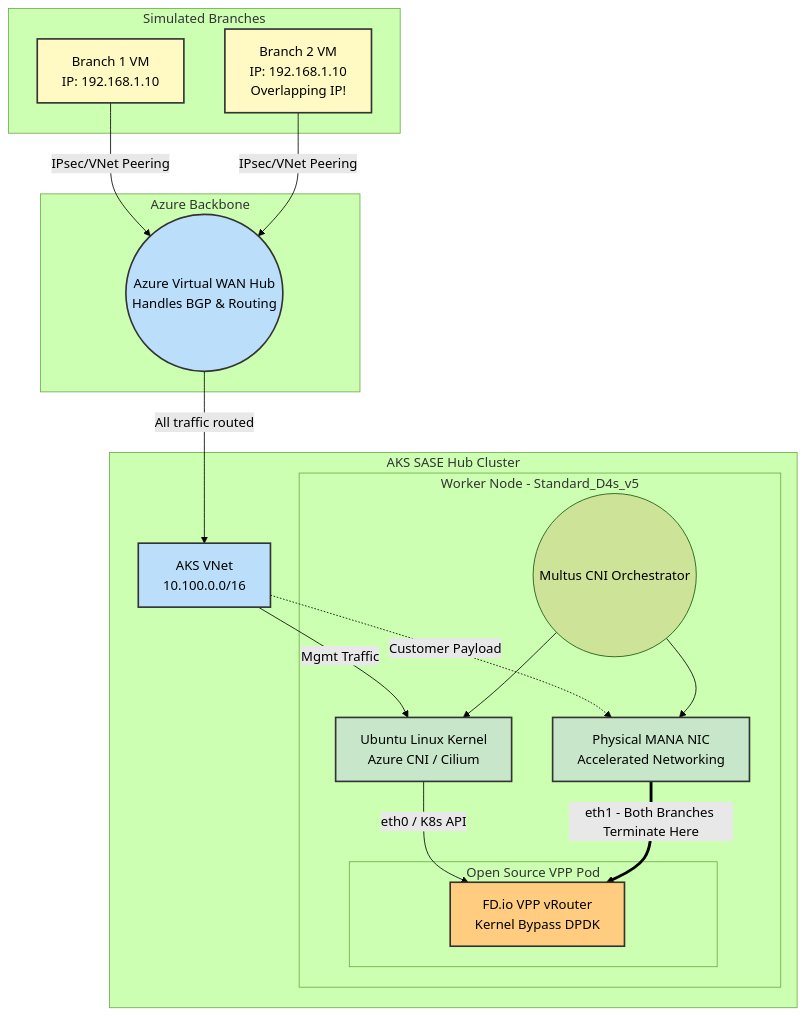
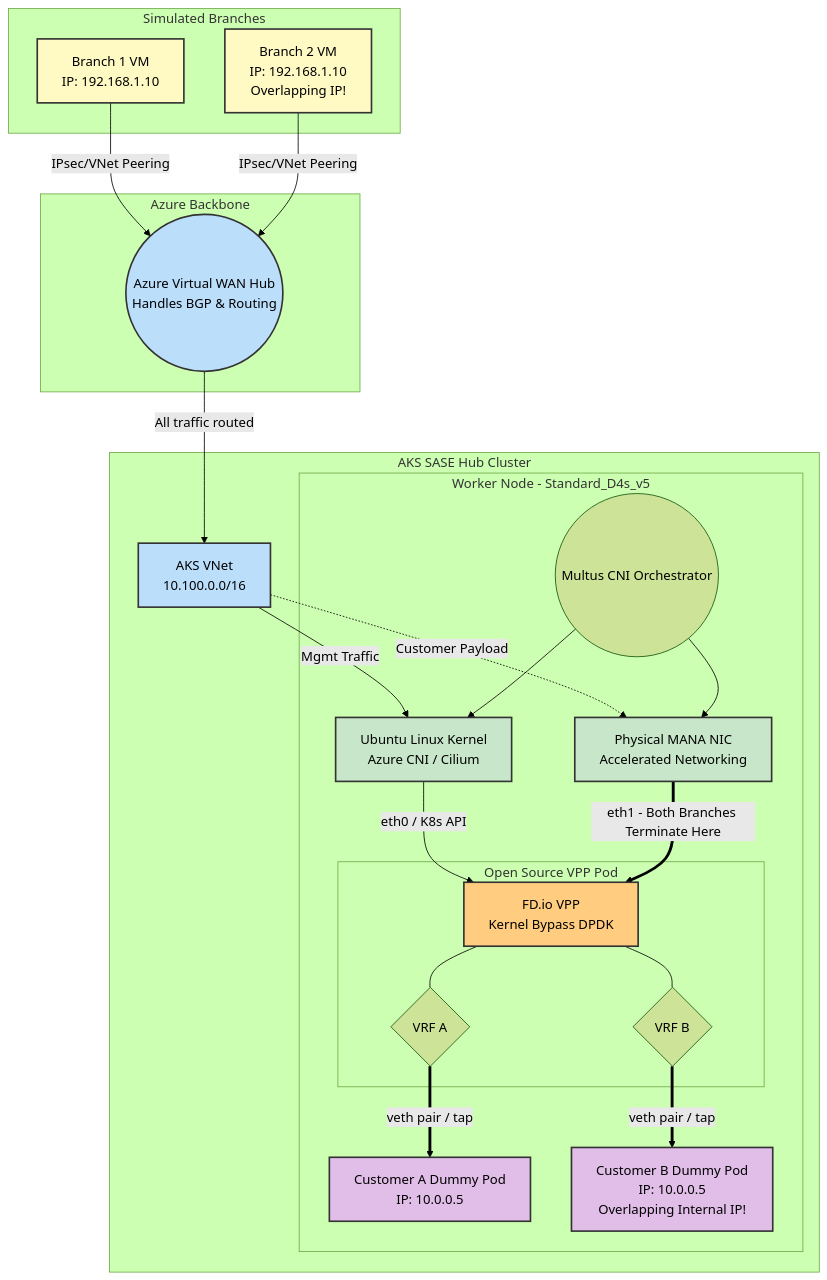
One commit to roie9876/SASE changed the diagram in azure_sase_poc_lab.md. Above: the diagram before and after it, drawn with Mermaid (forest theme). The commit also changed other lines of this file, not shown here.

Commit message:
docs: add Pod A and Pod B to lab architecture to strictly prove VPP VRF isolation of overlapping IPs

````diff
--- a/azure_sase_poc_lab.md
+++ b/azure_sase_poc_lab.md
@@ -15,43 +15,55 @@
 ```mermaid
 graph TD
     classDef branch fill:#fff9c4,stroke:#333,stroke-width:2px,color:#000
     classDef azure fill:#bbdefb,stroke:#333,stroke-width:2px,color:#000
     classDef aks fill:#c8e6c9,stroke:#333,stroke-width:2px,color:#000
     classDef pod fill:#ffcc80,stroke:#333,stroke-width:2px,color:#000
+    classDef app fill:#e1bee7,stroke:#333,stroke-width:2px,color:#000
 
     subgraph Simulated Branches
         B1[Branch 1 VM\nIP: 192.168.1.10]:::branch
         B2[Branch 2 VM\nIP: 192.168.1.10\nOverlapping IP!]:::branch
     end
 
     subgraph Azure Backbone
         vWAN((Azure Virtual WAN Hub\nHandles BGP & Routing)):::azure
         
         B1 -->|IPsec/VNet Peering| vWAN
         B2 -->|IPsec/VNet Peering| vWAN
     end
 
     subgraph AKS SASE Hub Cluster
         AKS_VNET[AKS VNet\n10.100.0.0/16]:::azure
         
         subgraph Worker Node - Standard_D4s_v5
             NODE_OS[Ubuntu Linux Kernel\nAzure CNI / Cilium]:::aks
             NIC1[Physical MANA NIC\nAccelerated Networking]:::aks
             
             MULTUS((Multus CNI Orchestrator))
             
             subgraph Open Source VPP Pod
-                VPP[FD.io VPP vRouter\nKernel Bypass DPDK]:::pod
+                VPP[FD.io VPP \nKernel Bypass DPDK]:::pod
+                VRF_A{VRF A}
+                VRF_B{VRF B}
+                
+                VPP --- VRF_A
+                VPP --- VRF_B
             end
+            
+            PODA[Customer A Dummy Pod \n IP: 10.0.0.5]:::app
+            PODB[Customer B Dummy Pod \n IP: 10.0.0.5 \n Overlapping Internal IP!]:::app
         end
     end
 
     vWAN -->|All traffic routed| AKS_VNET
     AKS_VNET -->|Mgmt Traffic| NODE_OS
     AKS_VNET -.->|Customer Payload| NIC1
     
     NODE_OS -->|eth0 / K8s API| VPP
     NIC1 ==>|eth1 - Both Branches Terminate Here| VPP
     MULTUS --> NODE_OS
     MULTUS --> NIC1
+    
+    VRF_A ==>|veth pair / tap| PODA
+    VRF_B ==>|veth pair / tap| PODB
 ```
````
